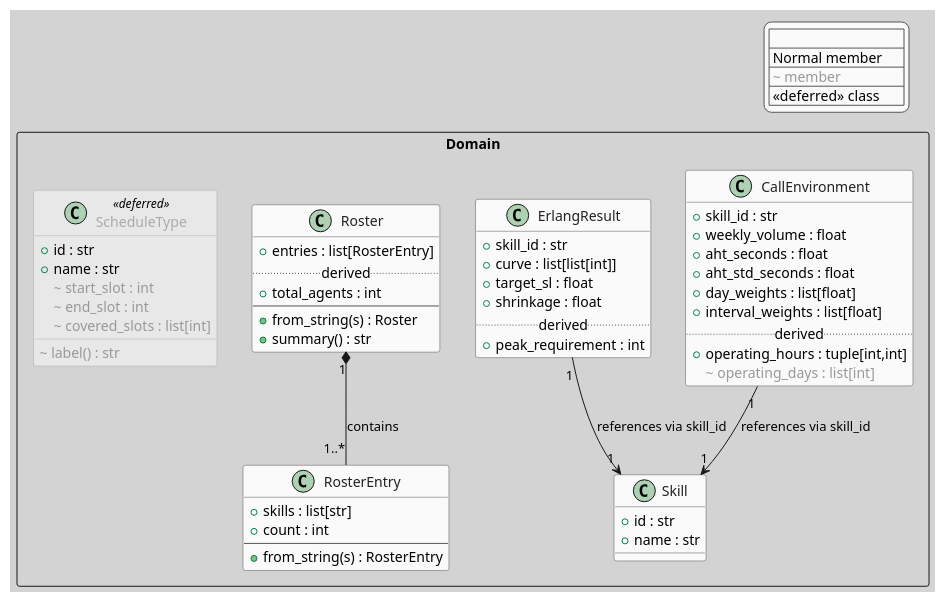
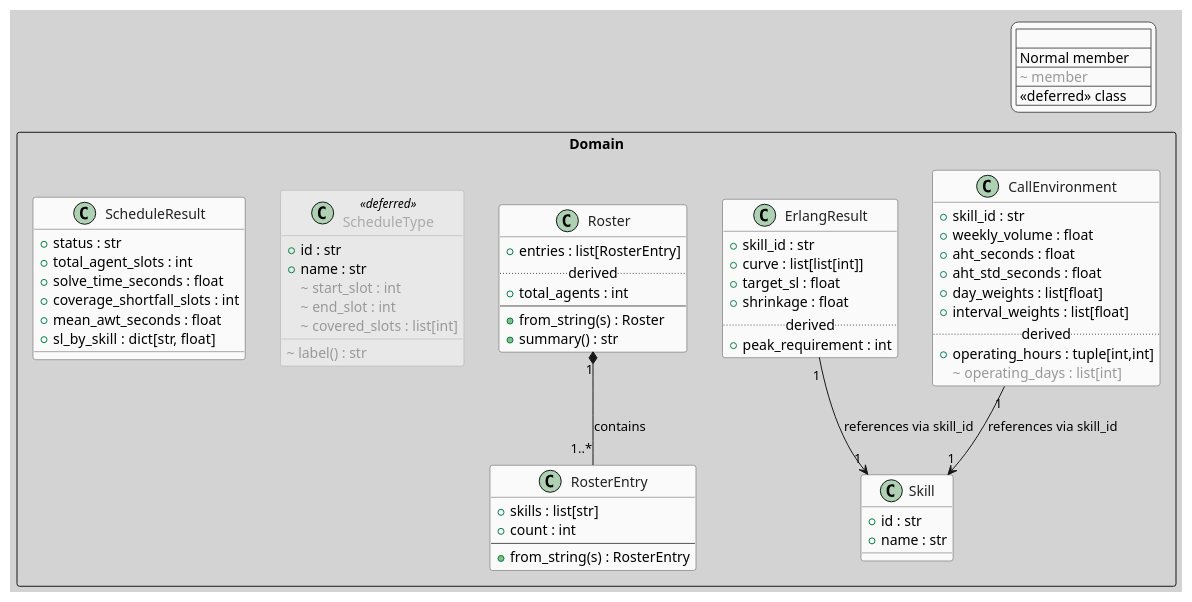
The diagram in docs/uml/domain_classes.puml (neon-tetra/schedule-architect), drawn with PlantUML before and after one commit. The commit also changed 4 other files, not shown here.

Commit message:
Update UML diagrams to match implemented solver/domain state

```diff
--- a/docs/uml/domain_classes.puml
+++ b/docs/uml/domain_classes.puml
@@ -1,96 +1,105 @@
 @startuml domain_entities
 
 skinparam backgroundColor #D3D3D3
 skinparam defaultFontName Segoe UI
 
 skinparam class {
     BackgroundColor #FAFAFA
     BorderColor #555555
     FontColor #222222
     BackgroundColor<<deferred>> #E8E8E8
     BorderColor<<deferred>> #AAAAAA
     FontColor<<deferred>> #AAAAAA
     BorderStyle<<deferred>> dashed
 }
 
 skinparam legend {
     BackgroundColor #FAFAFA
     BorderColor #555555
 }
 
 ' ─────────────────────────────────────────
 ' LEGEND
 ' ─────────────────────────────────────────
 legend top right
   <#FAFAFA,#555555>|                         |
   | Normal member      | Implemented          |
   | <color:#999999>~ member</color>  | Deferred / future    |
   | <<deferred>> class | Placeholder only     |
 endlegend
 
 ' ─────────────────────────────────────────
 ' PACKAGE: Domain
 ' ─────────────────────────────────────────
 package "Domain" <<Rectangle>> {
 
     class Skill {
         + id : str
         + name : str
     }
 
     class CallEnvironment {
         + skill_id : str
         + weekly_volume : float
         + aht_seconds : float
         + aht_std_seconds : float
         + day_weights : list[float]
         + interval_weights : list[float]
         ..derived..
         + operating_hours : tuple[int,int]
         <color:#999999>~ operating_days : list[int]</color>
     }
 
     class ErlangResult {
         + skill_id : str
         + curve : list[list[int]]
         + target_sl : float
         + shrinkage : float
         ..derived..
         + peak_requirement : int
     }
 
     class RosterEntry {
         + skills : list[str]
         + count : int
         --
         + from_string(s) : RosterEntry
     }
 
     class Roster {
         + entries : list[RosterEntry]
         ..derived..
         + total_agents : int
         --
         + from_string(s) : Roster
         + summary() : str
     }
 
     class ScheduleType <<deferred>> {
         + id : str
         + name : str
         <color:#999999>~ start_slot : int</color>
         <color:#999999>~ end_slot : int</color>
         <color:#999999>~ covered_slots : list[int]</color>
         <color:#999999>~ label() : str</color>
     }
 
+    class ScheduleResult {
+        + status : str
+        + total_agent_slots : int
+        + solve_time_seconds : float
+        + coverage_shortfall_slots : int
+        + mean_awt_seconds : float
+        + sl_by_skill : dict[str, float]
+    }
+
 }
 
 ' ─────────────────────────────────────────
 ' RELATIONSHIPS
 ' ─────────────────────────────────────────
 Roster "1" *-- "1..*" RosterEntry : contains
 CallEnvironment "1" --> "1" Skill : references via skill_id
 ErlangResult "1" --> "1" Skill : references via skill_id
 
 @enduml
```
